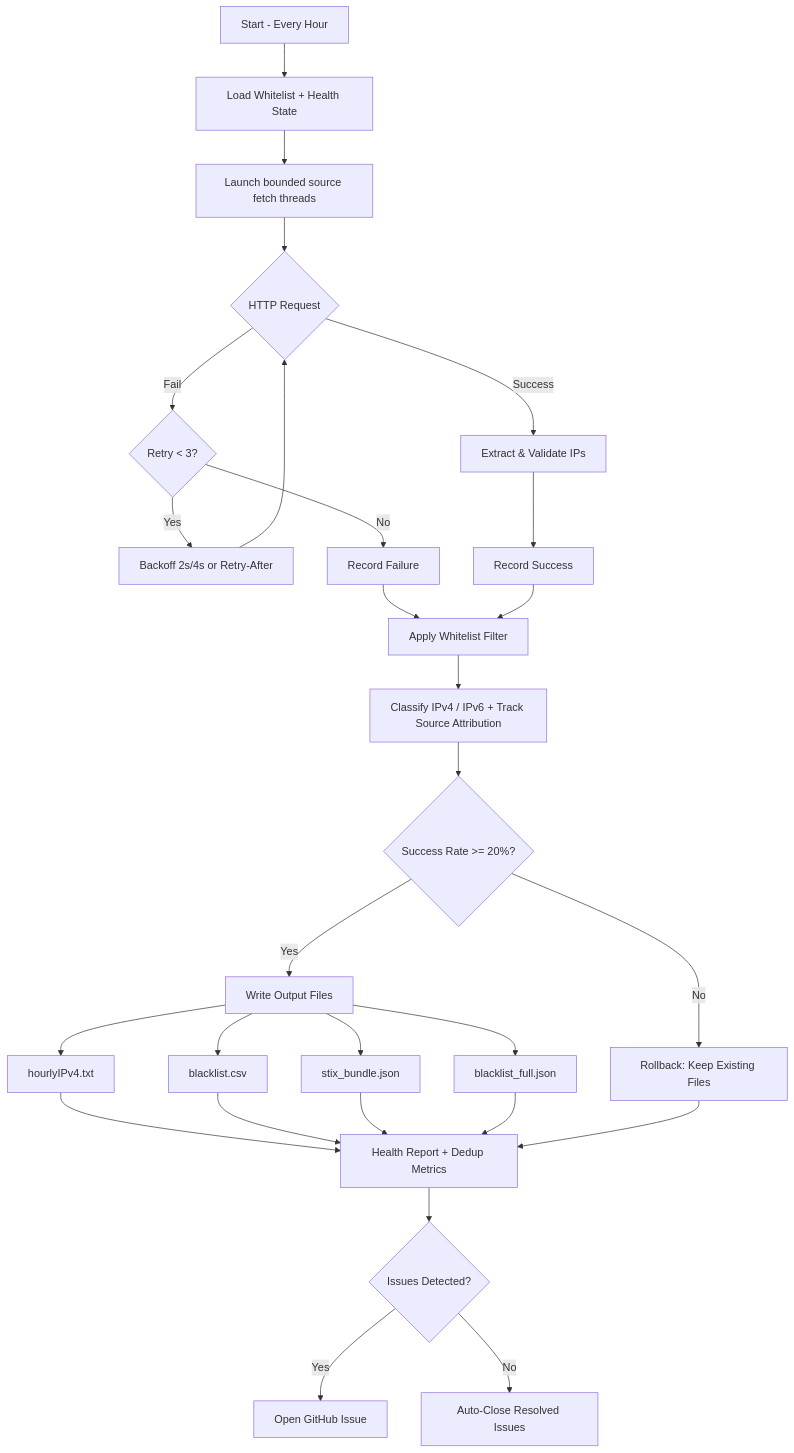
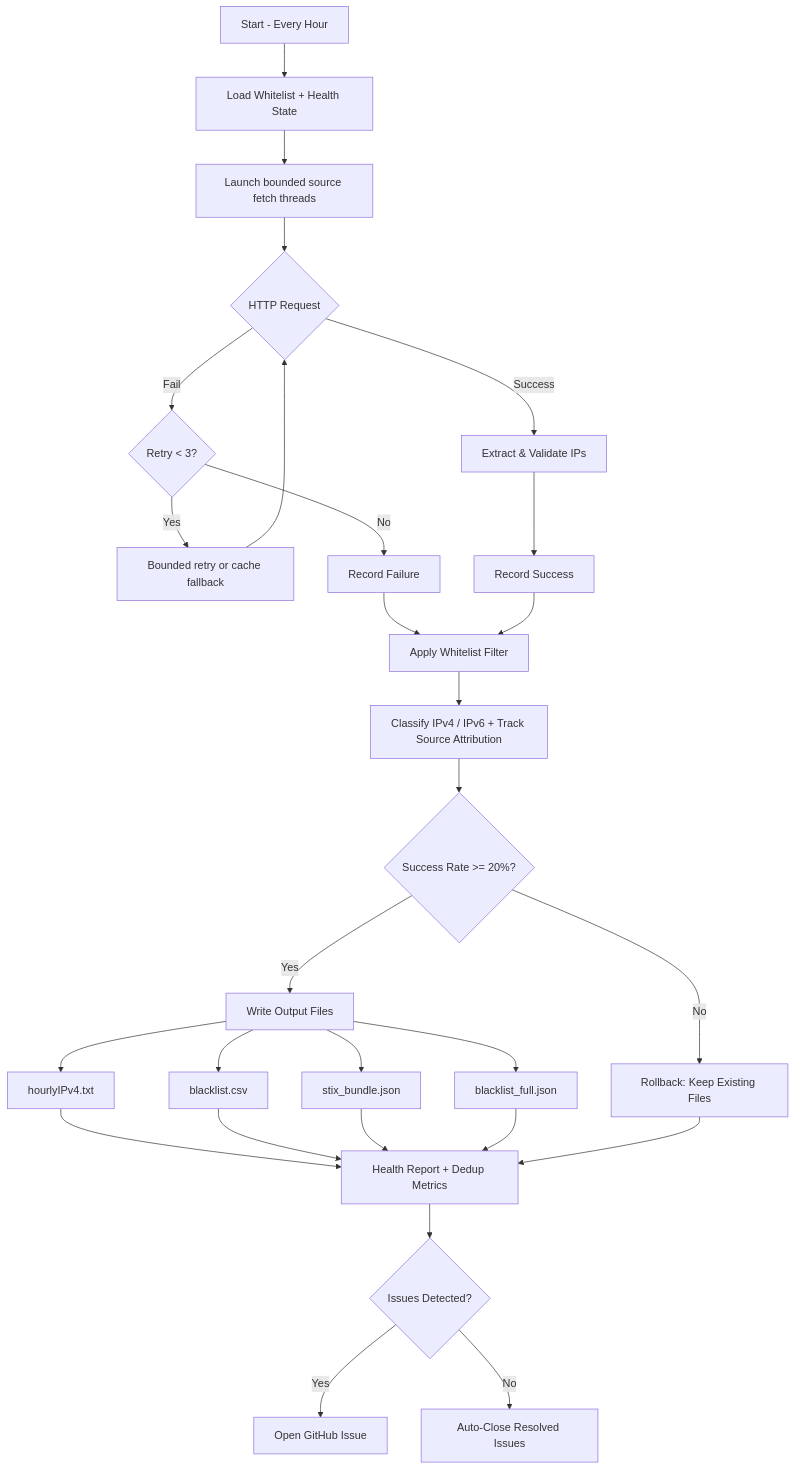
One commit to ziyadnz/threat-intel-ip-feeds changed the first of 2 diagrams in README.md. Above: the diagram before and after it, drawn with Mermaid. The commit also changed other lines of this file and 6 other files, not shown here.

````diff
--- a/README.md
+++ b/README.md
@@ -412,26 +421,26 @@
 ```mermaid
 flowchart TD
     A[Start - Every Hour] --> B[Load Whitelist + Health State]
     B --> C[Launch bounded source fetch threads]
     C --> D{HTTP Request}
     D -->|Success| E[Extract & Validate IPs]
     D -->|Fail| F{Retry < 3?}
-    F -->|Yes| G[Backoff 2s/4s or Retry-After] --> D
+    F -->|Yes| G[Bounded retry or cache fallback] --> D
     F -->|No| H[Record Failure]
     E --> I[Record Success]
     H --> WF[Apply Whitelist Filter]
     I --> WF
     WF --> J[Classify IPv4 / IPv6 + Track Source Attribution]
     J --> K{Success Rate >= 20%?}
     K -->|Yes| L[Write Output Files]
     K -->|No| M[Rollback: Keep Existing Files]
     L --> L1[hourlyIPv4.txt]
     L --> L2[blacklist.csv]
     L --> L3[stix_bundle.json]
     L --> L4[blacklist_full.json]
     L1 & L2 & L3 & L4 --> N[Health Report + Dedup Metrics]
     M --> N
     N --> O{Issues Detected?}
     O -->|Yes| P[Open GitHub Issue]
     O -->|No| Q[Auto-Close Resolved Issues]
 ```
````
